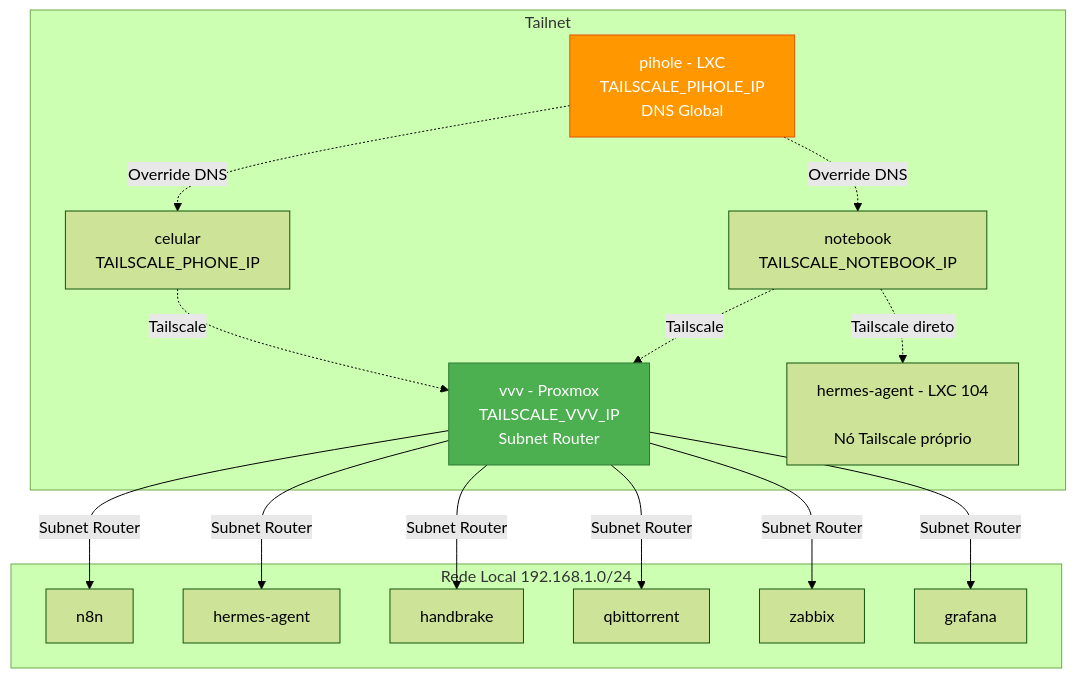
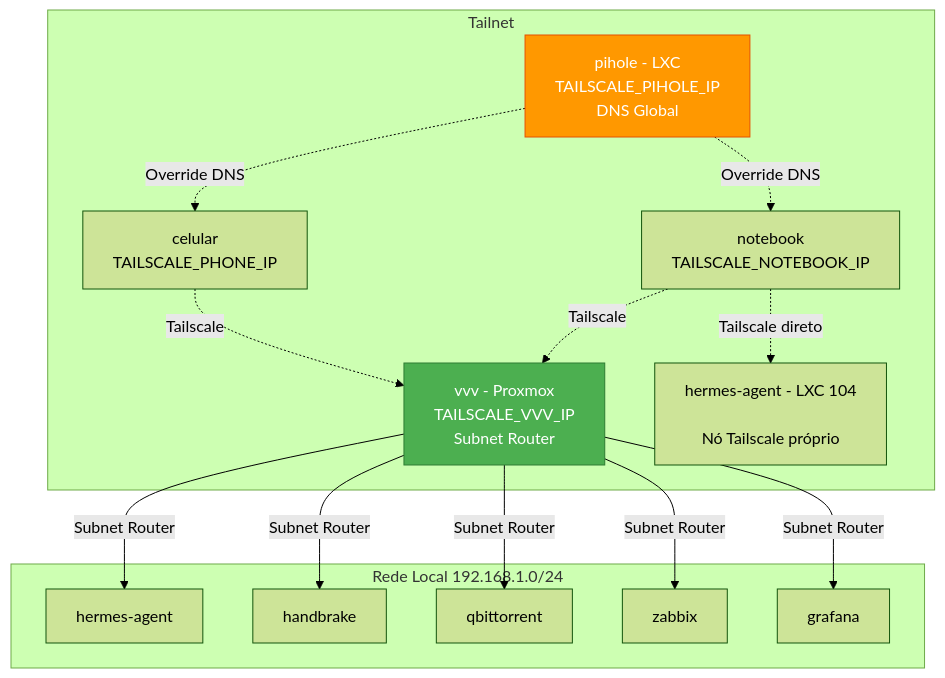
Before and after one commit to mviniciusy/vvy-homelab: the diagram in docs/networking.md, drawn with Mermaid (forest theme). The commit also changed other lines of this file and 7 other files, not shown here.

````diff
--- a/docs/networking.md
+++ b/docs/networking.md
@@ -11,28 +11,27 @@
 ```mermaid
 graph TB
     subgraph Tailnet
         VVV[vvv - Proxmox<br/>TAILSCALE_VVV_IP<br/>Subnet Router]
         PIHOLE[pihole - LXC<br/>TAILSCALE_PIHOLE_IP<br/>DNS Global]
         HERMES_TS[hermes-agent - LXC 104<br/><TAILSCALE_HERMES_IP><br/>Nó Tailscale próprio]
         NOTEBOOK[notebook<br/>TAILSCALE_NOTEBOOK_IP]
         PHONE[celular<br/>TAILSCALE_PHONE_IP]
     end
 
     subgraph Rede Local 192.168.1.0/24
-               VVV --> |Subnet Router| N8N[n8n]
         VVV --> |Subnet Router| HERMES[hermes-agent]
         VVV --> |Subnet Router| HANDBRAKE[handbrake]
         VVV --> |Subnet Router| QBIT[qbittorrent]
         VVV --> |Subnet Router| ZABBIX[zabbix]
         VVV --> |Subnet Router| GRAFANA[grafana]
     end
 
     NOTEBOOK -.-> |Tailscale| VVV
     NOTEBOOK -.-> |Tailscale direto| HERMES_TS
     PHONE -.-> |Tailscale| VVV
     PIHOLE -.-> |Override DNS| NOTEBOOK
     PIHOLE -.-> |Override DNS| PHONE
 
     style VVV fill:#4caf50,stroke:#2e7d32,color:#fff
     style PIHOLE fill:#ff9800,stroke:#e65100,color:#fff
 ```
````
